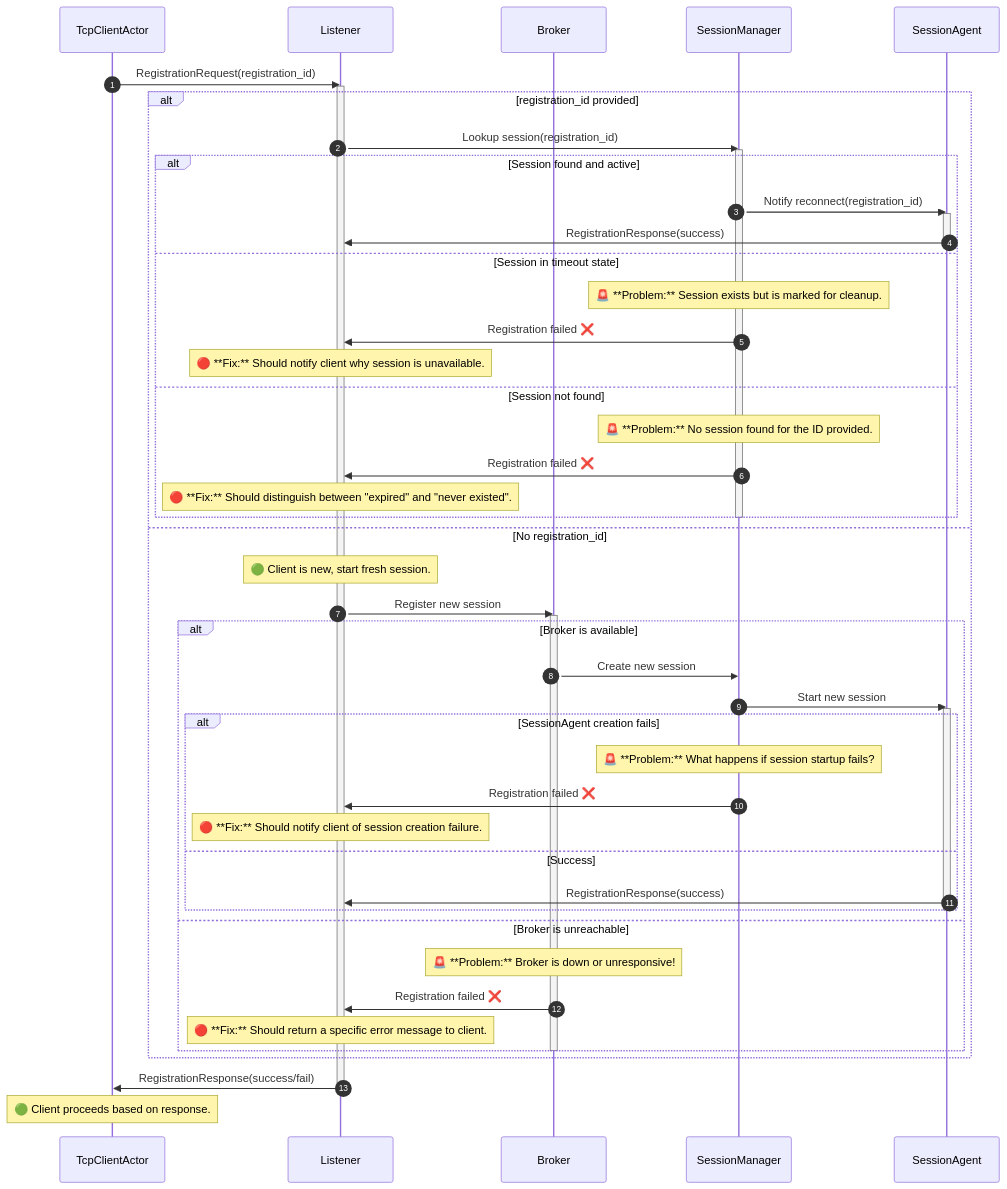
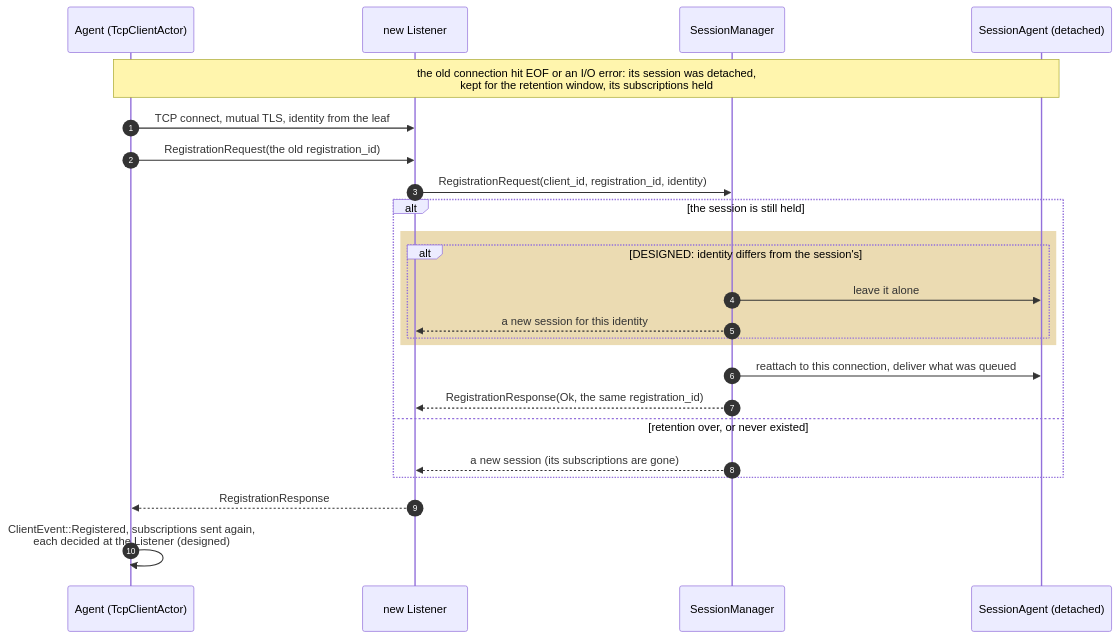
Before and after one commit to cmu-sei/Polar: the diagram in docs/architecture/sequences/broker/client_reconnect.mmd, drawn with Mermaid. The commit also changed 25 other files, not shown here.

```diff
--- a/docs/architecture/sequences/broker/client_reconnect.mmd
+++ b/docs/architecture/sequences/broker/client_reconnect.mmd
@@ -1,83 +1,49 @@
 %% ACE Tool
 %%
 %% Copyright 2026 Carnegie Mellon University.
 %%
 %% NO WARRANTY. THIS CARNEGIE MELLON UNIVERSITY AND SOFTWARE ENGINEERING INSTITUTE MATERIAL IS
 %% FURNISHED ON AN "AS-IS" BASIS. CARNEGIE MELLON UNIVERSITY MAKES NO WARRANTIES OF ANY KIND, EITHER
 %% EXPRESSED OR IMPLIED, AS TO ANY MATTER INCLUDING, BUT NOT LIMITED TO, WARRANTY OF FITNESS FOR
 %% PURPOSE OR MERCHANTABILITY, EXCLUSIVITY, OR RESULTS OBTAINED FROM USE OF THE MATERIAL. CARNEGIE
 %% MELLON UNIVERSITY DOES NOT MAKE ANY WARRANTY OF ANY KIND WITH RESPECT TO FREEDOM FROM PATENT,
 %% TRADEMARK, OR COPYRIGHT INFRINGEMENT.
 %%
 %% Licensed under a MIT (SEI)-style license, please see license.txt or contact
 %% permission@sei.cmu.edu for full terms.
 %%
 %% [DISTRIBUTION STATEMENT A] This material has been approved for public release and unlimited
 %% distribution.  Please see Copyright notice for non-US Government use and distribution.
 %%
 %% This Software includes and/or makes use of Third-Party Software each subject to its own license.
 %%
 %% DM26-0670
 
+%% A client reconnects after its connection dropped, as built (2026-10-21, docs/architecture/cassini-broker.md and
+%% cassini-client-reliability.md), with the identity check that is designed (policy-enforcement.md, stage 0).
 sequenceDiagram
     autonumber
-    participant Client as TcpClientActor
-    participant Listener as Listener
-    participant Broker as Broker
-    participant SessionMgr as SessionManager
-    participant Session as SessionAgent
+    participant Client as Agent (TcpClientActor)
+    participant Listener as new Listener
+    participant SM as SessionManager
+    participant SA as SessionAgent (detached)
 
-    Client->>Listener: RegistrationRequest(registration_id)
-    activate Listener
+    Note over Client,SA: the old connection hit EOF or an I/O error: its session was detached,<br/>kept for the retention window, its subscriptions held
+    Client->>Listener: TCP connect, mutual TLS, identity from the leaf
+    Client->>Listener: RegistrationRequest(the old registration_id)
+    Listener->>SM: RegistrationRequest(client_id, registration_id, identity)
 
-    alt registration_id provided
-        Listener->>SessionMgr: Lookup session(registration_id)
-        activate SessionMgr
-
-        alt Session found and active
-            SessionMgr->>Session: Notify reconnect(registration_id)
-            activate Session
-            Session->>Listener: RegistrationResponse(success)
-            deactivate Session
-        else Session in timeout state
-            Note over SessionMgr: 🚨 **Problem:** Session exists but is marked for cleanup.  
-            SessionMgr->>Listener: Registration failed ❌
-            Note over Listener: 🔴 **Fix:** Should notify client why session is unavailable.
-        else Session not found
-            Note over SessionMgr: 🚨 **Problem:** No session found for the ID provided.  
-            SessionMgr->>Listener: Registration failed ❌
-            Note over Listener: 🔴 **Fix:** Should distinguish between "expired" and "never existed".
+    alt the session is still held
+        rect rgb(235, 219, 178)
+        alt DESIGNED: identity differs from the session's
+            SM->>SA: leave it alone
+            SM-->>Listener: a new session for this identity
         end
-
-        deactivate SessionMgr
-
-    else No registration_id
-        Note over Listener: 🟢 Client is new, start fresh session.
-        Listener->>Broker: Register new session
-        activate Broker
-
-        alt Broker is available
-            Broker->>SessionMgr: Create new session
-            SessionMgr->>Session: Start new session
-            activate Session
-            alt SessionAgent creation fails
-                Note over SessionMgr: 🚨 **Problem:** What happens if session startup fails?  
-                SessionMgr->>Listener: Registration failed ❌
-                Note over Listener: 🔴 **Fix:** Should notify client of session creation failure.
-            else Success
-                Session->>Listener: RegistrationResponse(success)
-            end
-            deactivate Session
-        else Broker is unreachable
-            Note over Broker: 🚨 **Problem:** Broker is down or unresponsive!  
-            Broker->>Listener: Registration failed ❌
-            Note over Listener: 🔴 **Fix:** Should return a specific error message to client.
         end
-
-        deactivate Broker
+        SM->>SA: reattach to this connection, deliver what was queued
+        SM-->>Listener: RegistrationResponse(Ok, the same registration_id)
+    else retention over, or never existed
+        SM-->>Listener: a new session (its subscriptions are gone)
     end
-
-    Listener->>Client: RegistrationResponse(success/fail)
-    deactivate Listener
-
-    Note over Client: 🟢 Client proceeds based on response.
+    Listener-->>Client: RegistrationResponse
+    Client->>Client: ClientEvent::Registered, subscriptions sent again,<br/>each decided at the Listener (designed)
```
